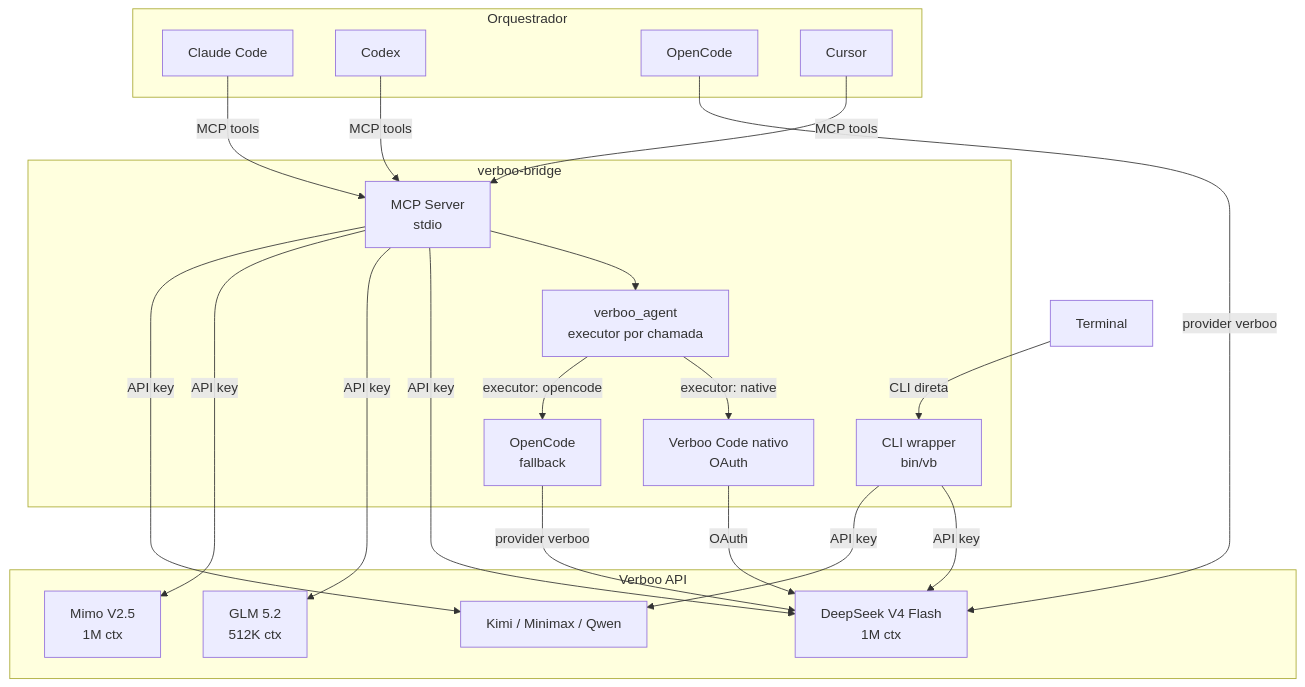
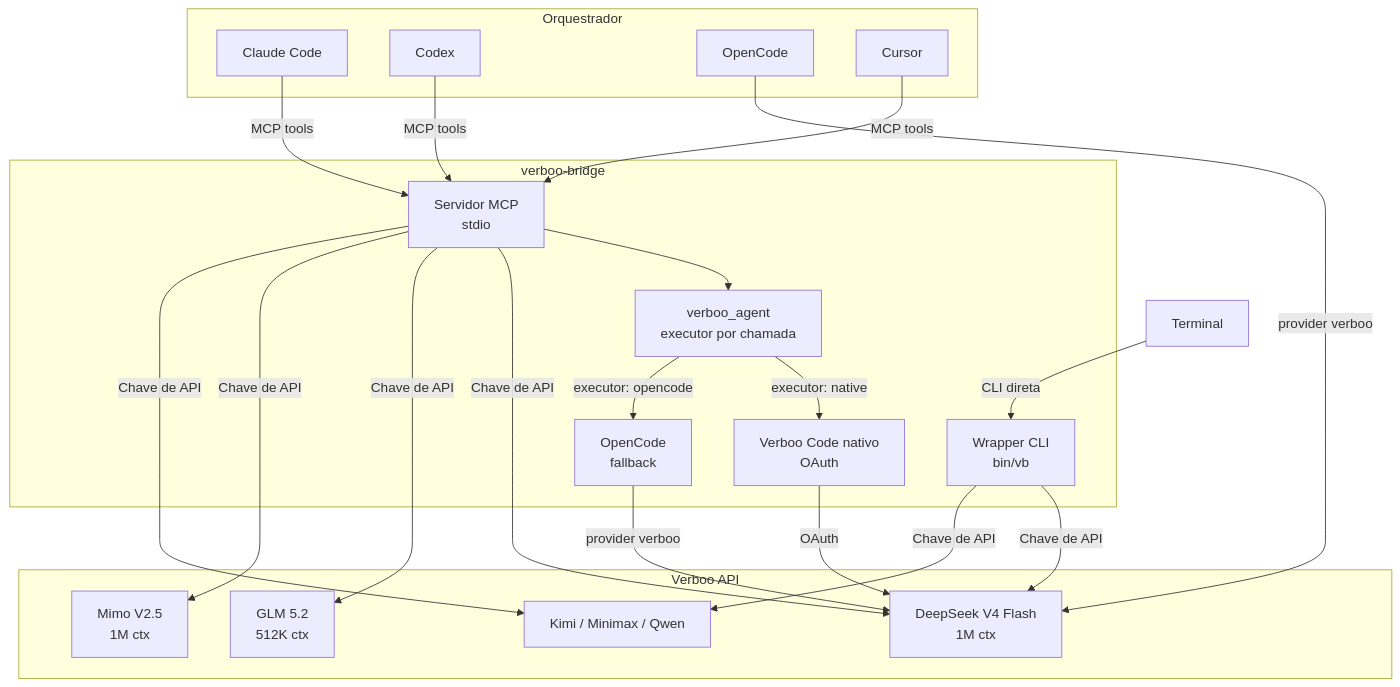
One commit to nikolasdehor/verboo-bridge changed the first of 2 diagrams in README.md. Above: the diagram before and after it, drawn with Mermaid. The commit also changed other lines of this file, not shown here.

````diff
--- a/README.md
+++ b/README.md
@@ -18,42 +21,42 @@
 ```mermaid
 graph TB
     subgraph "Orquestrador"
         CLAUDE[Claude Code]
         CODEX[Codex]
         OPENCODE[OpenCode]
         CURSOR[Cursor]
     end
 
     subgraph "verboo-bridge"
-        MCP[MCP Server<br/>stdio]
-        CLI[CLI wrapper<br/>bin/vb]
+        MCP[Servidor MCP<br/>stdio]
+        CLI[Wrapper CLI<br/>bin/vb]
         AGENT[verboo_agent<br/>executor por chamada]
         NATIVE[Verboo Code nativo<br/>OAuth]
         HARNESS[OpenCode<br/>fallback]
     end
 
     subgraph "Verboo API"
         DS[DeepSeek V4 Flash<br/>1M ctx]
         GLM[GLM 5.2<br/>512K ctx]
         MIMO[Mimo V2.5<br/>1M ctx]
         OUTROS[Kimi / Minimax / Qwen]
     end
 
     CLAUDE -->|MCP tools| MCP
     CODEX -->|MCP tools| MCP
     CURSOR -->|MCP tools| MCP
     Terminal -->|CLI direta| CLI
 
     MCP --> AGENT
     AGENT -->|executor: native| NATIVE
     AGENT -->|executor: opencode| HARNESS
     NATIVE -->|OAuth| DS
     HARNESS -->|provider verboo| DS
     OPENCODE -->|provider verboo| DS
-    MCP -->|API key| DS
-    MCP -->|API key| GLM
-    MCP -->|API key| MIMO
-    MCP -->|API key| OUTROS
-    CLI -->|API key| DS
-    CLI -->|API key| OUTROS
+    MCP -->|Chave de API| DS
+    MCP -->|Chave de API| GLM
+    MCP -->|Chave de API| MIMO
+    MCP -->|Chave de API| OUTROS
+    CLI -->|Chave de API| DS
+    CLI -->|Chave de API| OUTROS
 ```
````
